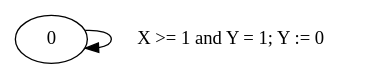
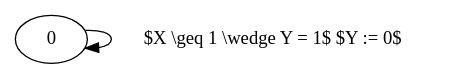
Before and after one commit to sguha100/bachelor-thesis: the diagram in thesis/breaking2.dot, drawn with Graphviz. The commit also changed 6 other files, not shown here.

Commit message:
Fixed some issues with SVG graphics.

```diff
--- a/thesis/breaking2.dot
+++ b/thesis/breaking2.dot
@@ -1,4 +1,4 @@
 digraph {
 "0";
-"0" -> "0" [label = "X >= 1 and Y = 1; Y := 0"]
+"0" -> "0" [label = "$X \\geq 1 \\wedge Y = 1$ $Y := 0$"]
 }
```
